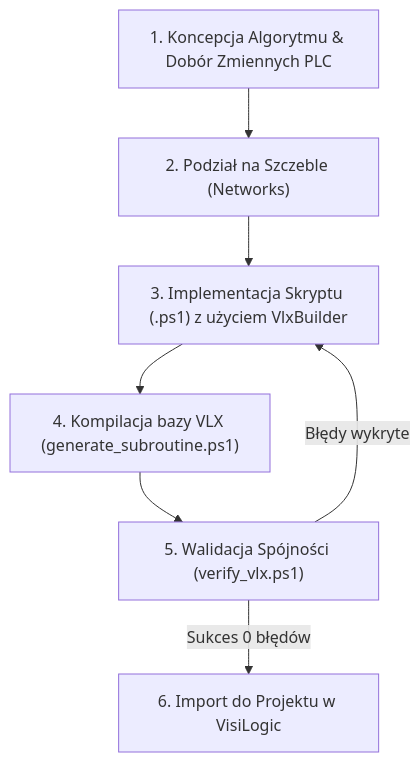
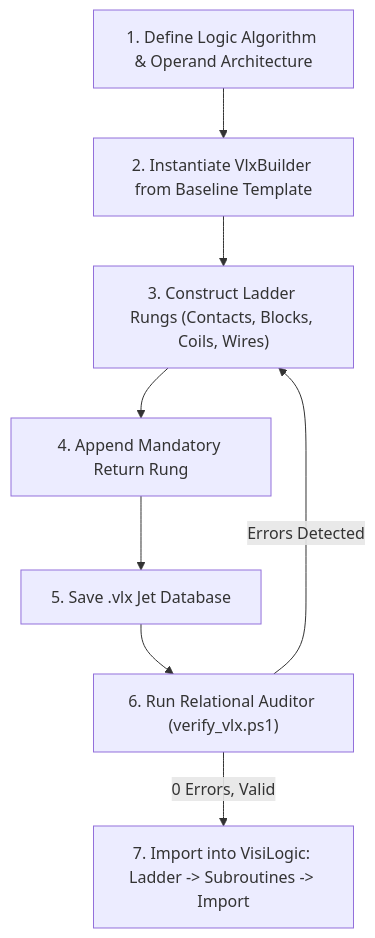
Before and after one commit to PROCHOTKILLER/visilogic-element-generators: the diagram in subroutine-generator/README.md, drawn with Mermaid. The commit also changed other lines of this file and 48 other files, not shown here.

````diff
--- a/subroutine-generator/README.md
+++ b/subroutine-generator/README.md
@@ -101,9 +109,10 @@
 ```mermaid
 flowchart TD
-    A["1. Koncepcja Algorytmu & Dobór Zmiennych PLC"] --> B["2. Podział na Szczeble (Networks)"]
-    B --> C["3. Implementacja Skryptu (.ps1) z użyciem VlxBuilder"]
-    C --> D["4. Kompilacja bazy VLX (generate_subroutine.ps1)"]
-    D --> E["5. Walidacja Spójności (verify_vlx.ps1)"]
-    E -->|Błędy wykryte| C
-    E -->|Sukces 0 błędów| F["6. Import do Projektu w VisiLogic"]
+    A["1. Define Logic Algorithm & Operand Architecture"] --> B["2. Instantiate VlxBuilder from Baseline Template"]
+    B --> C["3. Construct Ladder Rungs (Contacts, Blocks, Coils, Wires)"]
+    C --> D["4. Append Mandatory Return Rung"]
+    D --> E["5. Save .vlx Jet Database"]
+    E --> F["6. Run Relational Auditor (verify_vlx.ps1)"]
+    F -->|Errors Detected| C
+    F -->|0 Errors, Valid| G["7. Import into VisiLogic: Ladder -> Subroutines -> Import"]
 ```
````
